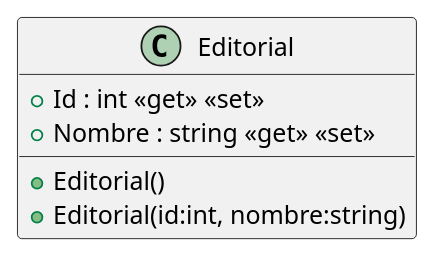
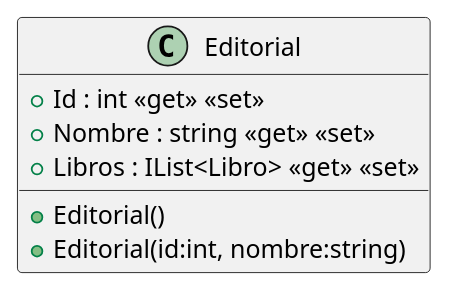
Before and after one commit to ISII2627LosGremlins/ISII2627LosGremlins: the diagram in src/AppForSEII.API/ClassDiagram/Editorial.puml, drawn with PlantUML. The commit also changed 14 other files, not shown here.

```diff
--- a/src/AppForSEII.API/ClassDiagram/Editorial.puml
+++ b/src/AppForSEII.API/ClassDiagram/Editorial.puml
@@ -1,8 +1,9 @@
 @startuml
 class Editorial {
     + Editorial()
     + Editorial(id:int, nombre:string)
     + Id : int <<get>> <<set>>
     + Nombre : string <<get>> <<set>>
+    + Libros : IList<Libro> <<get>> <<set>>
 }
 @enduml
```
